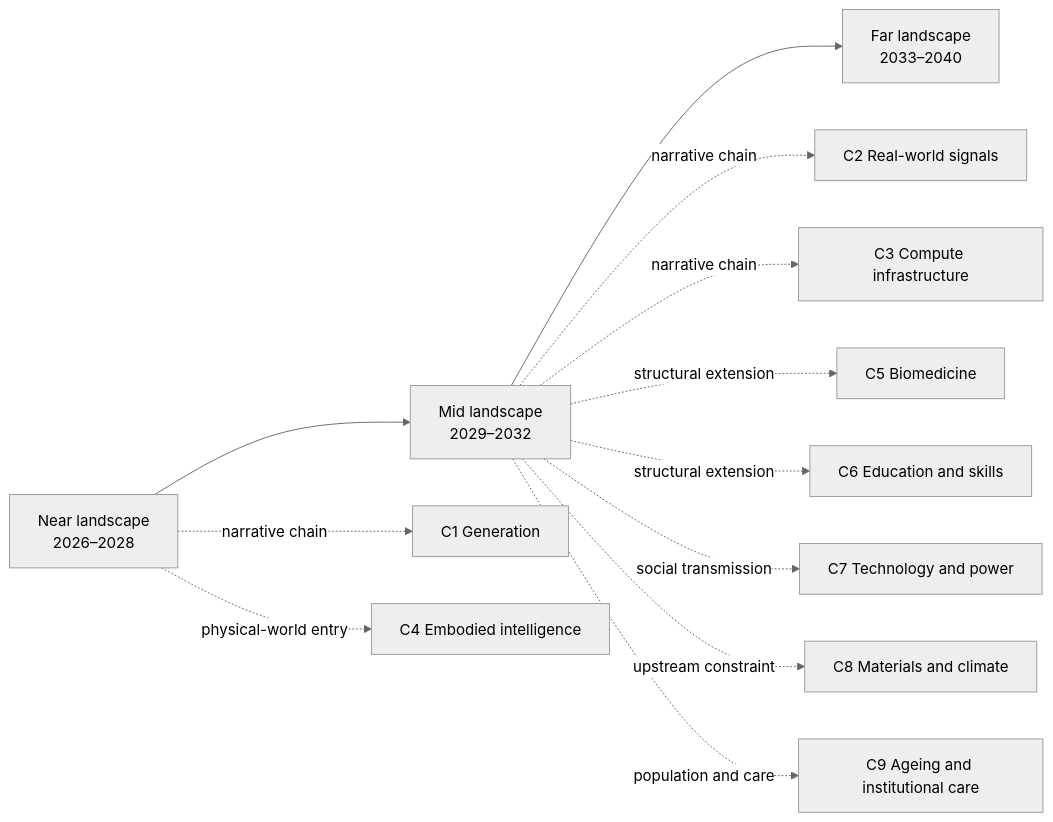
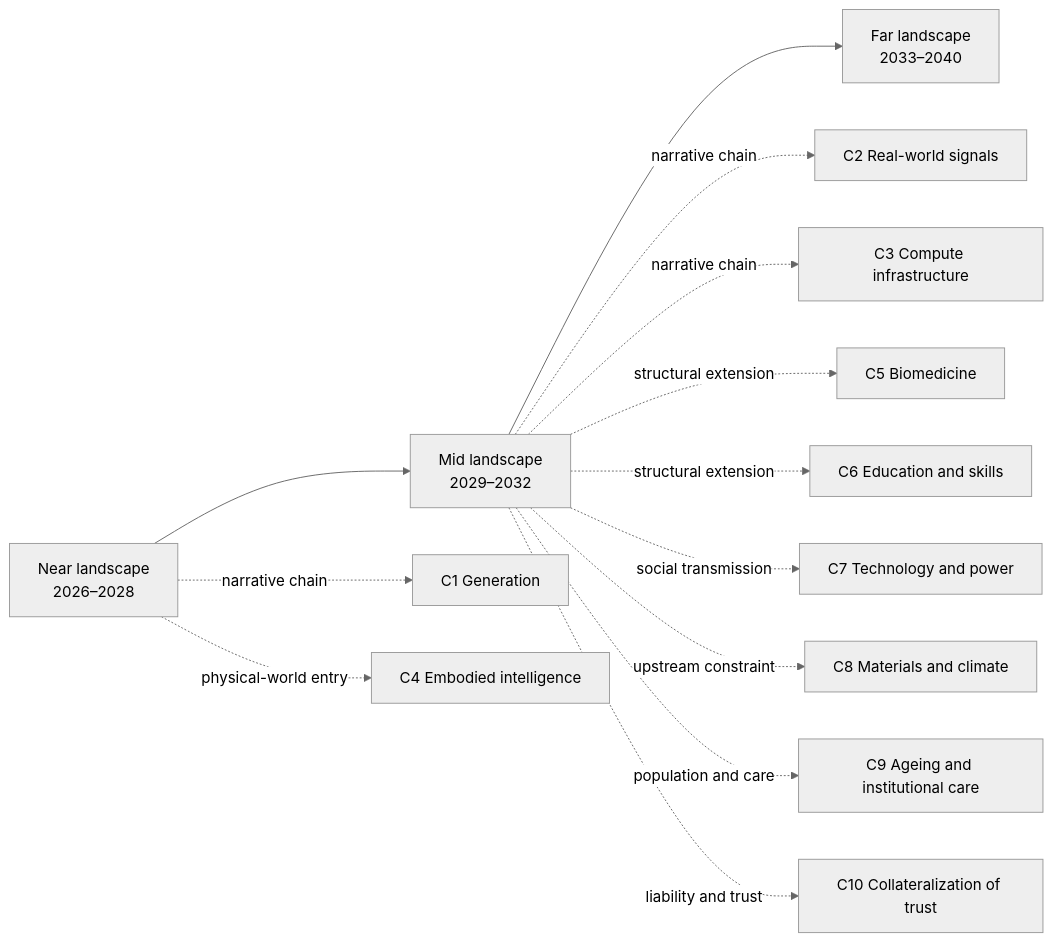
The diagram in README.en.md (SenZhangAI/foresight-by-ai), drawn with Mermaid (neutral theme) before and after one commit. The commit also changed other lines of this file and 3 other files, not shown here.

First line of the commit message:
docs(chains): publish trust collateralization chain

````diff
--- a/README.en.md
+++ b/README.en.md
@@ -64,14 +65,15 @@
 ```mermaid
 flowchart LR
   N[Near landscape\n2026–2028] --> M[Mid landscape\n2029–2032]
   M --> F[Far landscape\n2033–2040]
   N -.narrative chain.-> C1[C1 Generation]
   M -.narrative chain.-> C2[C2 Real-world signals]
   M -.narrative chain.-> C3[C3 Compute infrastructure]
   N -.physical-world entry.-> C4[C4 Embodied intelligence]
   M -.structural extension.-> C5[C5 Biomedicine]
   M -.structural extension.-> C6[C6 Education and skills]
   M -.social transmission.-> C7[C7 Technology and power]
   M -.upstream constraint.-> C8[C8 Materials and climate]
   M -.population and care.-> C9[C9 Ageing and institutional care]
+  M -.liability and trust.-> C10[C10 Collateralization of trust]
 ```
````
